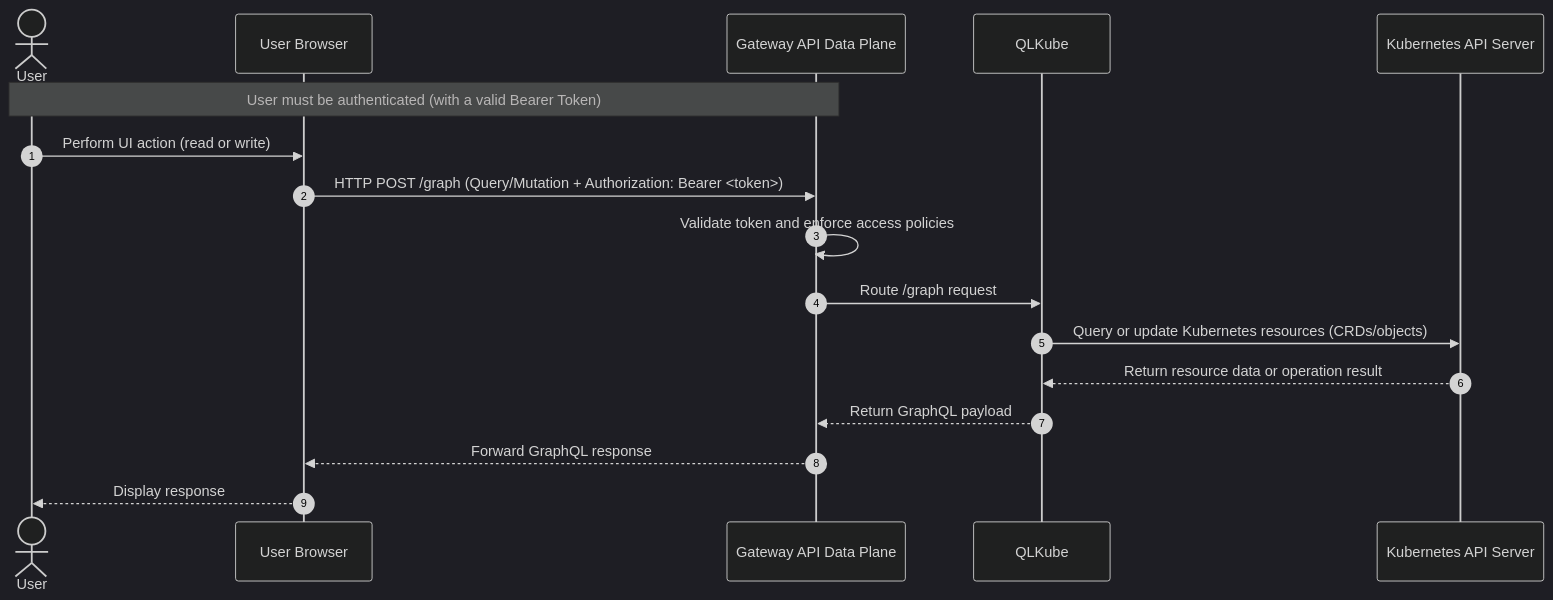
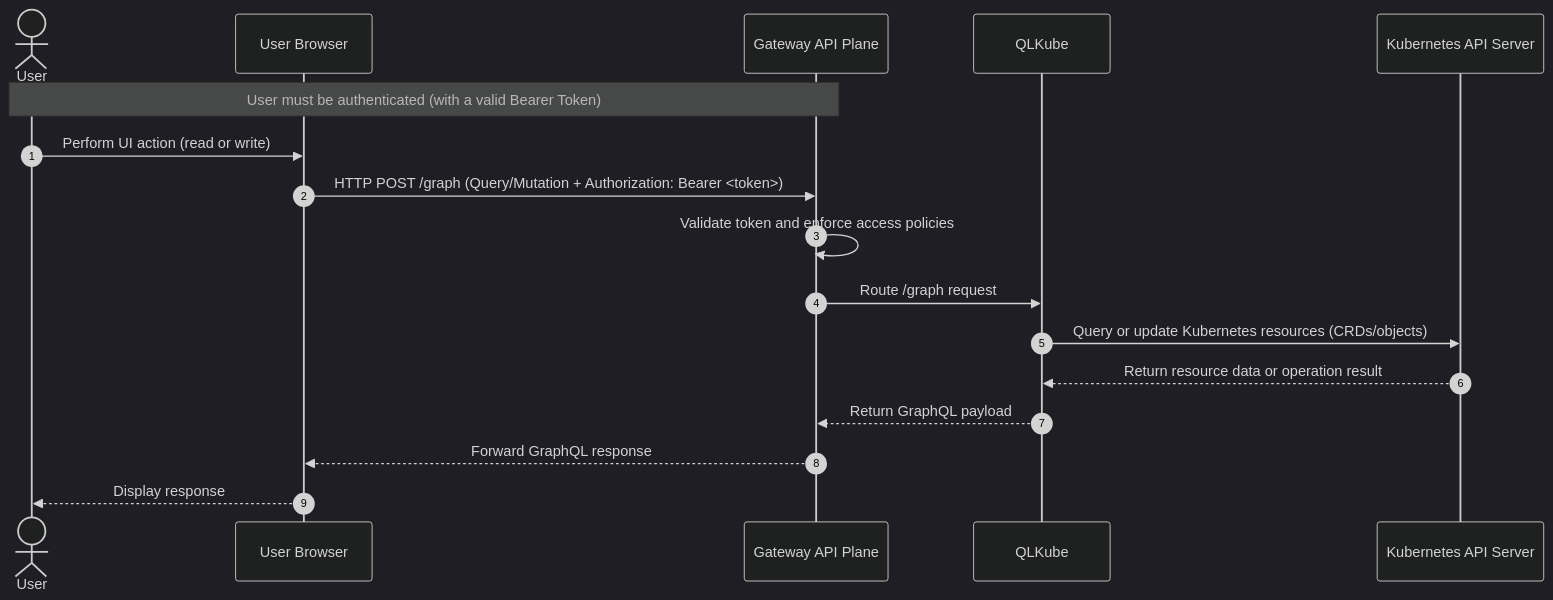
The second of 4 diagrams in frontend/README.md (netgroup-polito/CrownLabs), drawn with Mermaid (dark theme) before and after one commit. The commit also changed other lines of this file, not shown here.

Commit message:
edit graph for accessing to a remote instance

````diff
--- a/frontend/README.md
+++ b/frontend/README.md
@@ -60,20 +60,20 @@
 ```mermaid
 sequenceDiagram
     autonumber
     actor User
     participant Browser as User Browser
-    participant LB as Gateway API Data Plane
+    participant LB as Gateway API Plane
     participant GraphQL as QLKube
     participant APIServer as Kubernetes API Server
 
     Note over User,LB: User must be authenticated (with a valid Bearer Token)
     User->>Browser: Perform UI action (read or write)
     Browser->>LB: HTTP POST /graph (Query/Mutation + Authorization: Bearer <token>)
     LB->>LB: Validate token and enforce access policies
     LB->>GraphQL: Route /graph request
     GraphQL->>APIServer: Query or update Kubernetes resources (CRDs/objects)
     APIServer-->>GraphQL: Return resource data or operation result
     GraphQL-->>LB: Return GraphQL payload
     LB-->>Browser: Forward GraphQL response
     Browser-->>User: Display response
 ```
````
